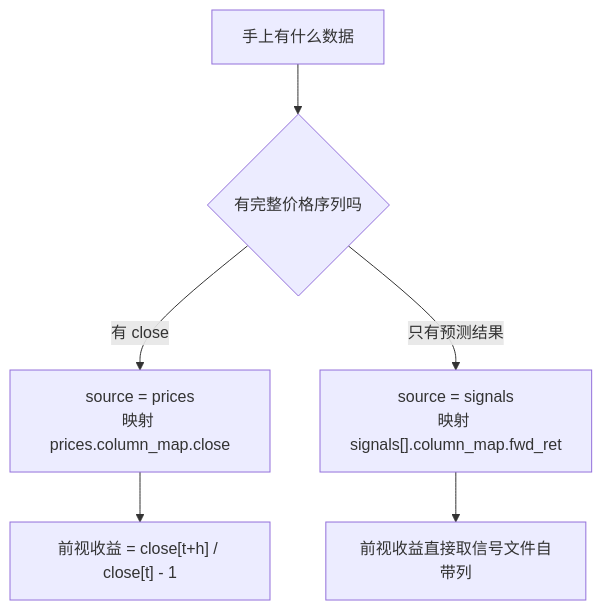
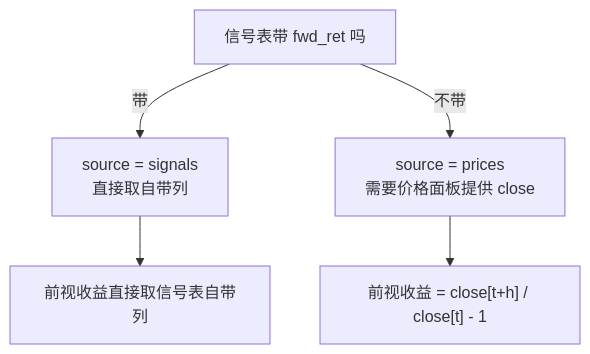
Before and after one commit to mzyang-code/StockPortfolioToolKit: the diagram in docs/guide/prepare-data.md, drawn with Mermaid. The commit also changed other lines of this file and 7 other files, not shown here.

````diff
--- a/docs/guide/prepare-data.md
+++ b/docs/guide/prepare-data.md
@@ -65,8 +100,7 @@
 ```mermaid
 graph TD
-    A[手上有什么数据] --> B{有完整价格序列吗}
-    B -->|有 close| C["source = prices<br/>映射 prices.column_map.close"]
-    B -->|只有预测结果| D["source = signals<br/>映射 signals[].column_map.fwd_ret"]
+    A[信号表带 fwd_ret 吗] -->|带| D["source = signals<br/>直接取自带列"]
+    A -->|不带| C["source = prices<br/>需要价格面板提供 close"]
     C --> E["前视收益 = close[t+h] / close[t] - 1"]
-    D --> F[前视收益直接取信号文件自带列]
+    D --> F[前视收益直接取信号表自带列]
 ```
````
